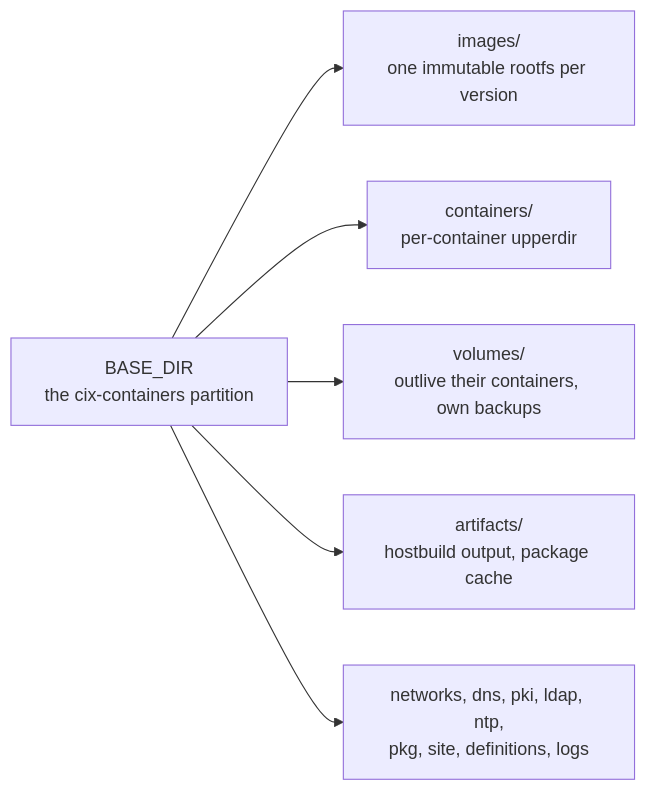
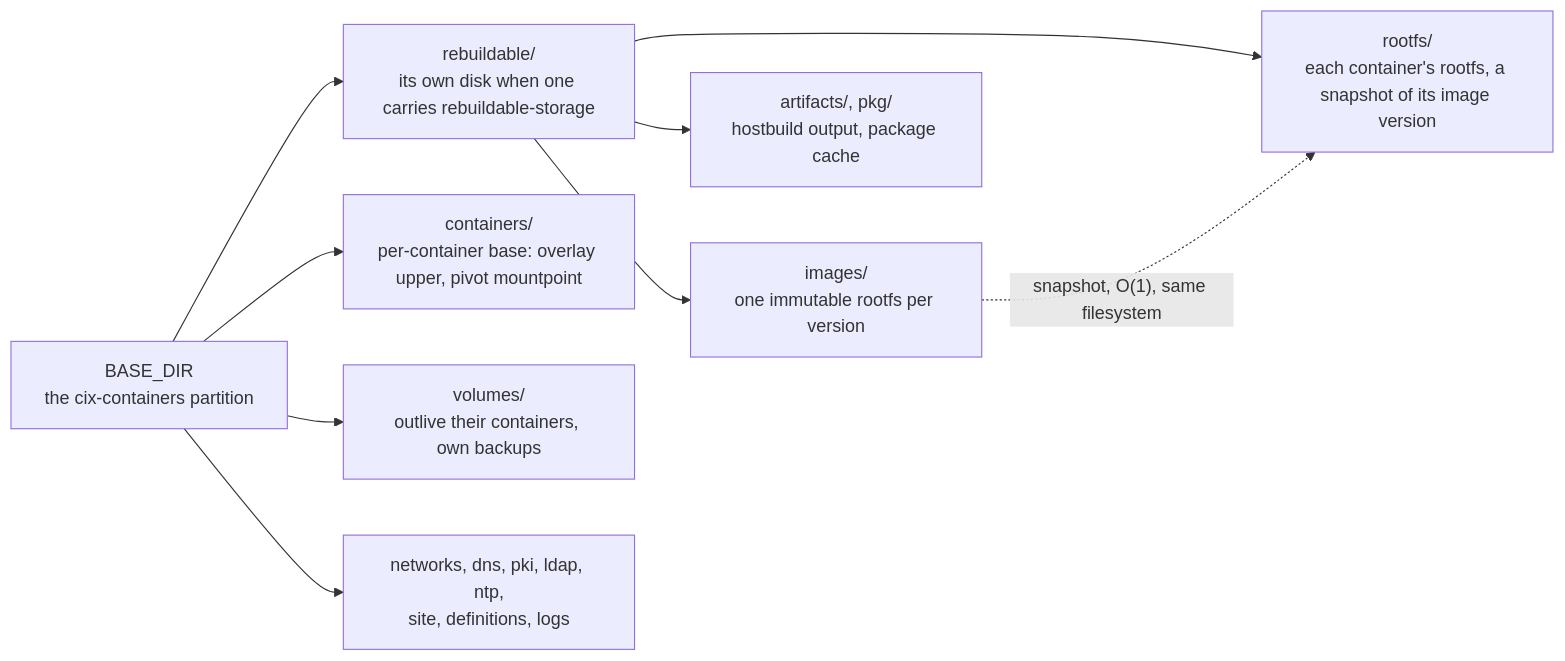
The fourth of 6 diagrams in docs/architecture/architecture.md (The-Cix-Project/cix), drawn with Mermaid before and after one commit. The commit also changed other lines of this file and 17 other files, not shown here.

First line of the commit message:
A container's rootfs is a snapshot of its image, beside the image store (#608, ADR-0341)

````diff
--- a/docs/architecture/architecture.md
+++ b/docs/architecture/architecture.md
@@ -100,8 +100,11 @@
 ```mermaid
 flowchart LR
-    base["BASE_DIR<br/>the cix-containers partition"] --> imgs["images/<br/>one immutable rootfs per version"]
-    base --> ctrs["containers/<br/>per-container upperdir"]
+    base["BASE_DIR<br/>the cix-containers partition"] --> rebuild["rebuildable/<br/>its own disk when one carries rebuildable-storage"]
+    rebuild --> imgs["images/<br/>one immutable rootfs per version"]
+    rebuild --> rootfs["rootfs/<br/>each container's rootfs, a snapshot of its image version"]
+    imgs -. "snapshot, O(1), same filesystem" .-> rootfs
+    rebuild --> arts["artifacts/, pkg/<br/>hostbuild output, package cache"]
+    base --> ctrs["containers/<br/>per-container base: overlay upper, pivot mountpoint"]
     base --> vols["volumes/<br/>outlive their containers, own backups"]
-    base --> arts["artifacts/<br/>hostbuild output, package cache"]
-    base --> cfg["networks, dns, pki, ldap, ntp,<br/>pkg, site, definitions, logs"]
+    base --> cfg["networks, dns, pki, ldap, ntp,<br/>site, definitions, logs"]
 ```
````
